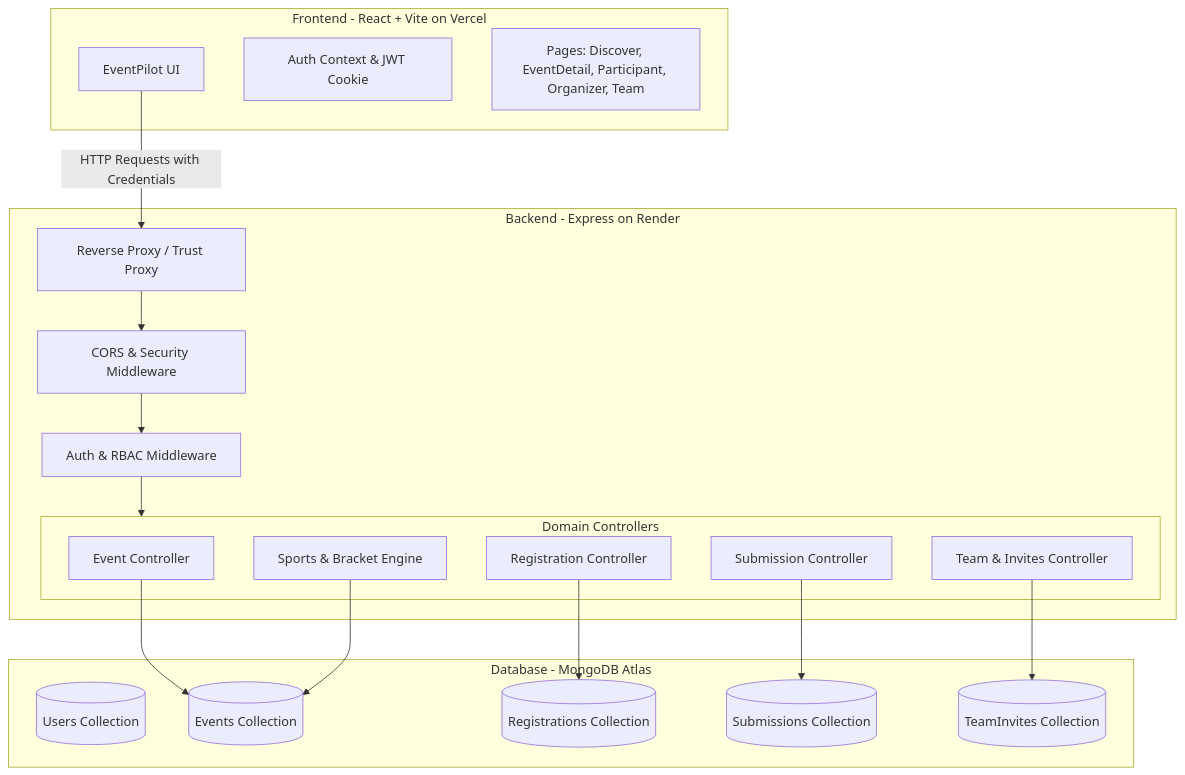
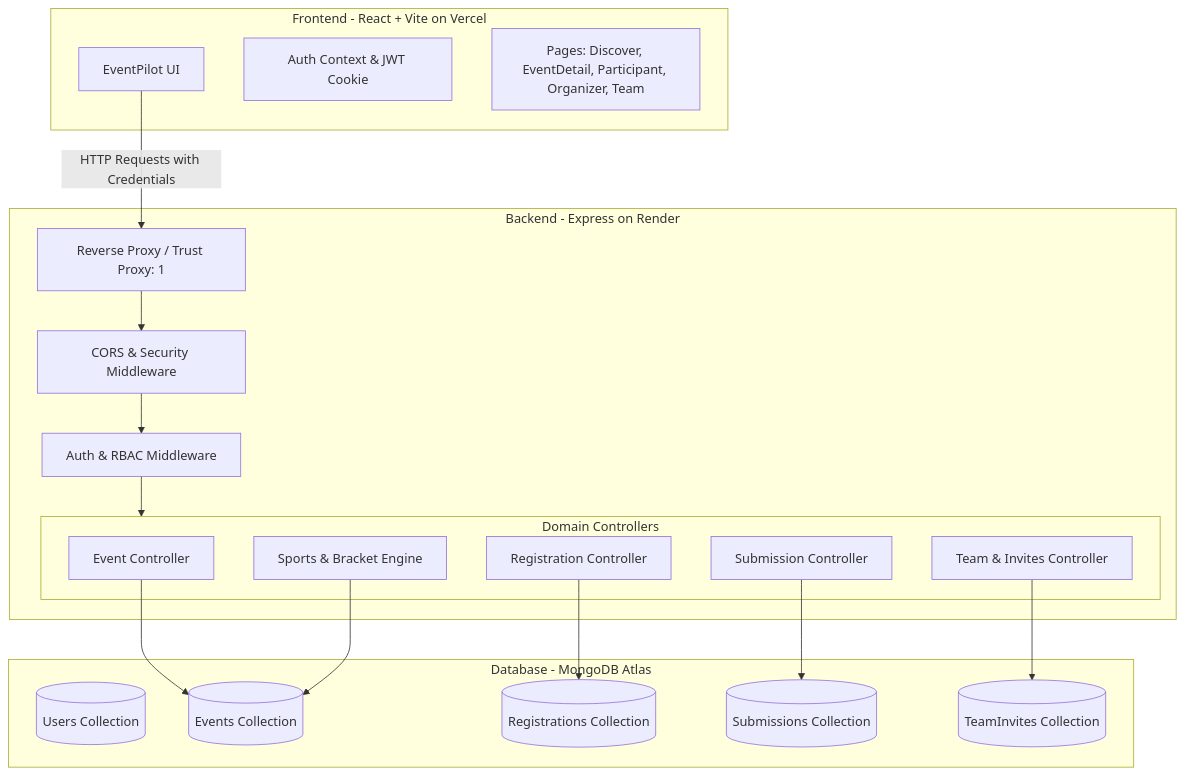
The diagram in README.md (Aniket30-07/EventPilot), drawn with Mermaid before and after one commit. The commit also changed other lines of this file, not shown here.

````diff
--- a/README.md
+++ b/README.md
@@ -111,40 +143,40 @@
 ```mermaid
 graph TD
   subgraph Client [Frontend - React + Vite on Vercel]
     UI[EventPilot UI]
     AuthCtx[Auth Context & JWT Cookie]
     Pages[Pages: Discover, EventDetail, Participant, Organizer, Team]
   end
 
   subgraph API [Backend - Express on Render]
-    Proxy[Reverse Proxy / Trust Proxy]
+    Proxy[Reverse Proxy / Trust Proxy: 1]
     CORS[CORS & Security Middleware]
     AuthMod[Auth & RBAC Middleware]
     
     subgraph Controllers [Domain Controllers]
       EventCtrl[Event Controller]
       RegCtrl[Registration Controller]
       SubCtrl[Submission Controller]
       TeamCtrl[Team & Invites Controller]
       SportsCtrl[Sports & Bracket Engine]
     end
   end
 
   subgraph Database [Database - MongoDB Atlas]
     Users[(Users Collection)]
     Events[(Events Collection)]
     Regs[(Registrations Collection)]
     Subs[(Submissions Collection)]
     Invites[(TeamInvites Collection)]
   end
 
   UI -->|HTTP Requests with Credentials| Proxy
   Proxy --> CORS
   CORS --> AuthMod
   AuthMod --> Controllers
   EventCtrl --> Events
   RegCtrl --> Regs
   SubCtrl --> Subs
   TeamCtrl --> Invites
   SportsCtrl --> Events
 ```
````
